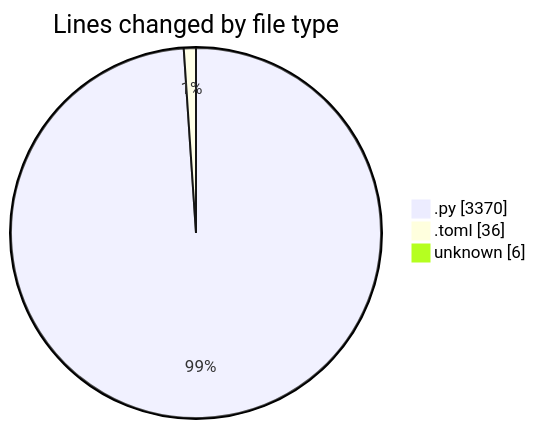
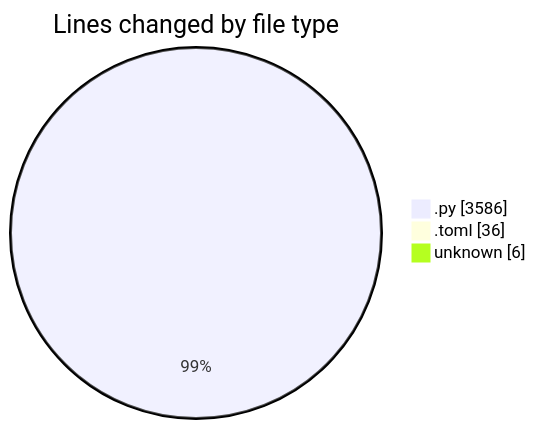
The first of 2 diagrams in 2025-11-20/eventscop-api-guide__workspace_/README.md (julien-gomy/code-tracking), drawn with Mermaid before and after one commit. The commit also changed other lines of this file and 1 other file, not shown here.

````diff
--- a/2025-11-20/eventscop-api-guide__workspace_/README.md
+++ b/2025-11-20/eventscop-api-guide__workspace_/README.md
@@ -32,7 +34,7 @@
 ```mermaid
 pie showData
 title Lines changed by file type
-".py" : 3370
+".py" : 3586
 ".toml" : 36
 "unknown" : 6
 ```
````
